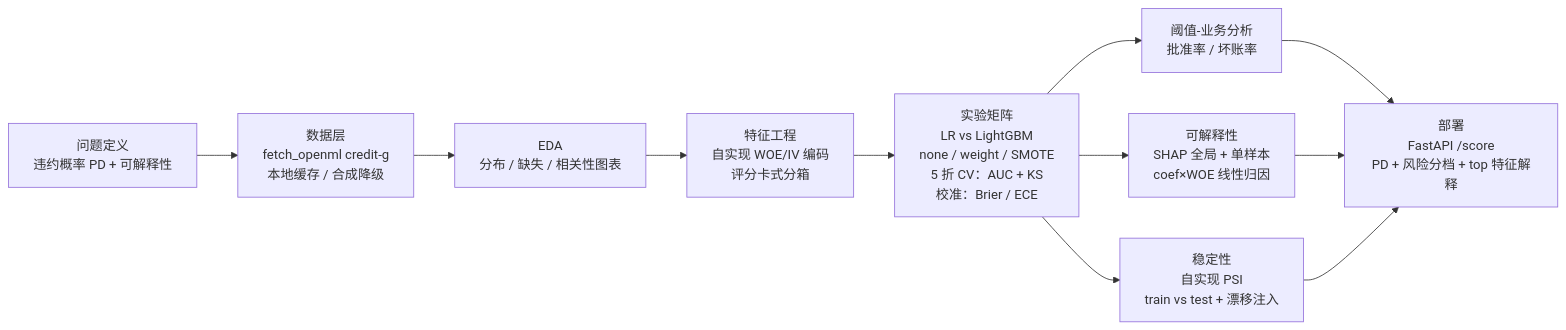
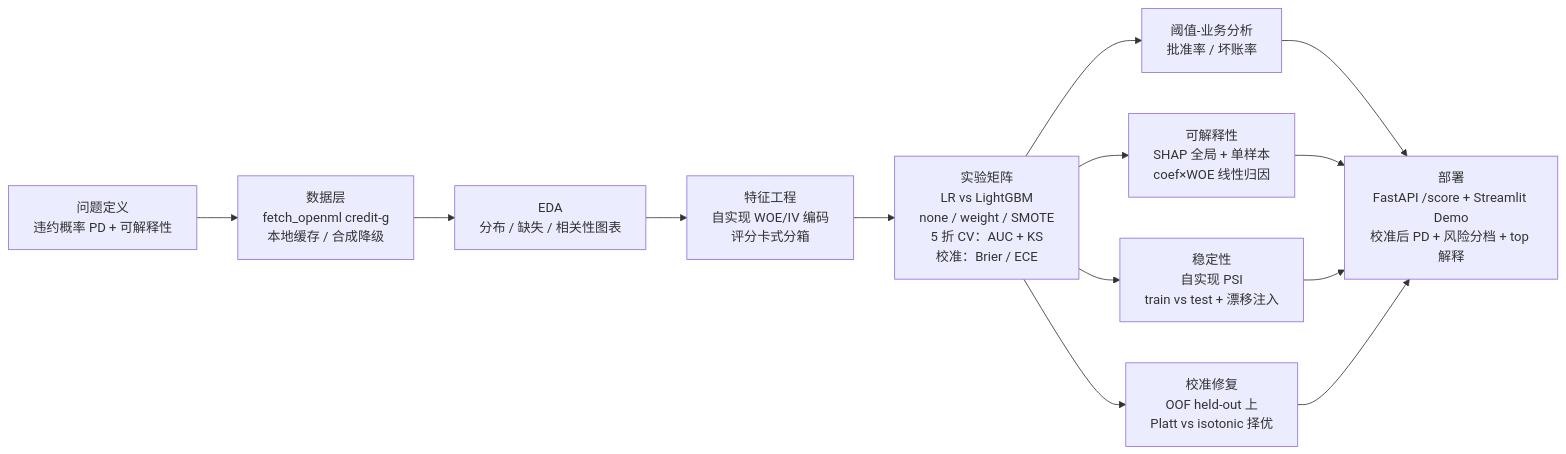
Before and after one commit to lii-lii321/credit-risk-modeling: the diagram in README.md, drawn with Mermaid. The commit also changed other lines of this file and 11 other files, not shown here.

````diff
--- a/README.md
+++ b/README.md
@@ -19,13 +19,15 @@
 ```mermaid
 flowchart LR
     A[问题定义<br/>违约概率 PD + 可解释性] --> B[数据层<br/>fetch_openml credit-g<br/>本地缓存 / 合成降级]
     B --> C[EDA<br/>分布 / 缺失 / 相关性图表]
     C --> D[特征工程<br/>自实现 WOE/IV 编码<br/>评分卡式分箱]
     D --> E[实验矩阵<br/>LR vs LightGBM<br/>none / weight / SMOTE<br/>5 折 CV：AUC + KS<br/>校准：Brier / ECE]
     E --> F[可解释性<br/>SHAP 全局 + 单样本<br/>coef×WOE 线性归因]
     E --> G[稳定性<br/>自实现 PSI<br/>train vs test + 漂移注入]
     E --> T[阈值-业务分析<br/>批准率 / 坏账率]
+    E --> R[校准修复<br/>OOF held-out 上<br/>Platt vs isotonic 择优]
     T --> H
-    F --> H[部署<br/>FastAPI /score<br/>PD + 风险分档 + top 特征解释]
+    F --> H[部署<br/>FastAPI /score + Streamlit Demo<br/>校准后 PD + 风险分档 + top 解释]
     G --> H
+    R --> H
 ```
````
